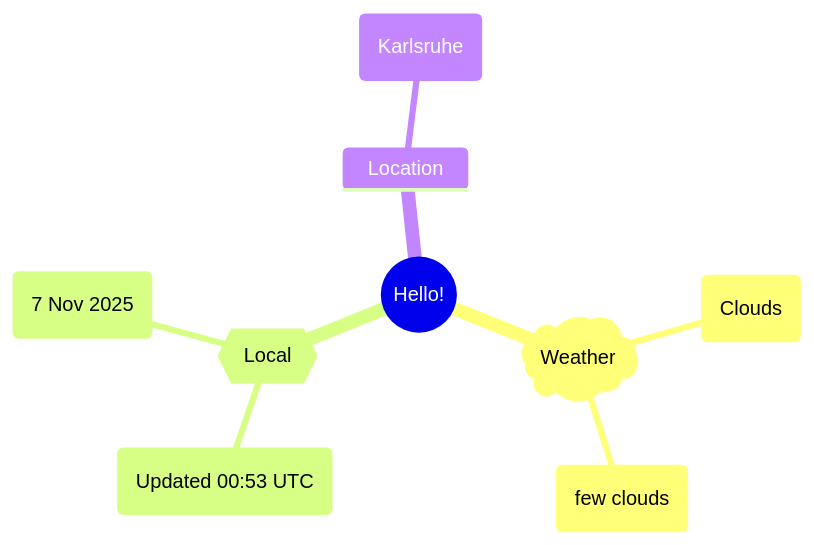
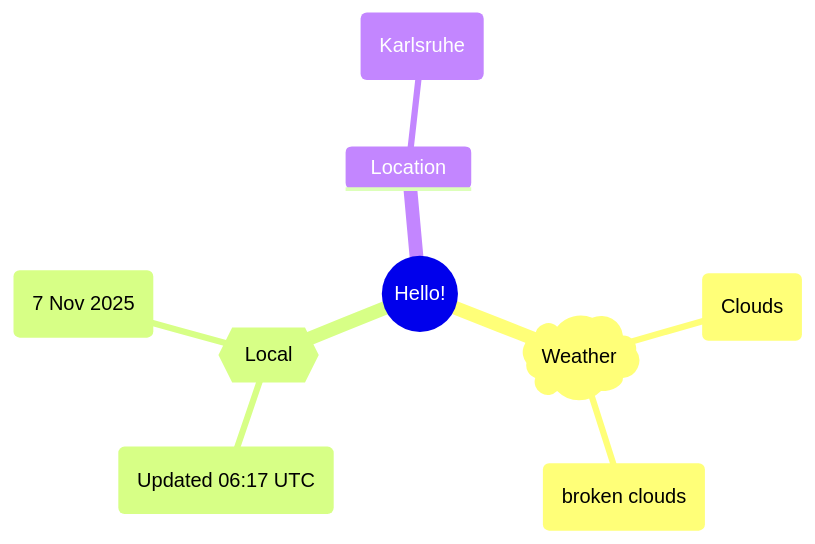
Before and after one commit to Xosrov/Xosrov: the first of 2 diagrams in README.md, drawn with Mermaid.

Commit message:
[bot] updated images

````diff
--- a/README.md
+++ b/README.md
@@ -3,12 +3,12 @@
 ```mermaid
 mindmap
   root((Hello!))
     )Weather(
         (Clouds)
-        (few clouds)
+        (broken clouds)
     {{Local}}
-        (Updated 00:53 UTC)
+        (Updated 06:17 UTC)
         (7 Nov 2025)
     Location
         (Karlsruhe)
 ```
````
